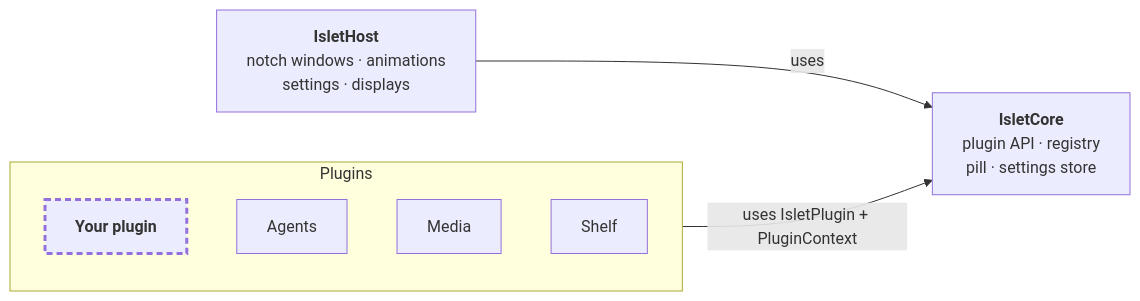
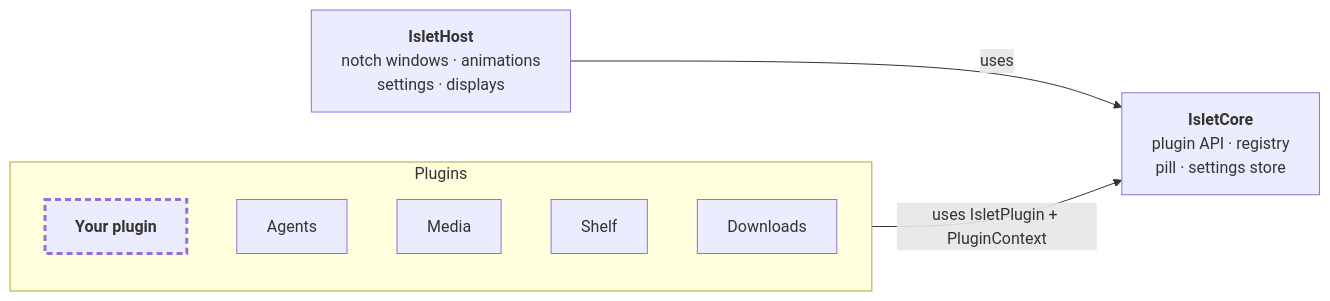
One commit to MariSchn/Islet changed the diagram in README.md. Above: the diagram before and after it, drawn with Mermaid. The commit also changed other lines of this file and 17 other files, not shown here.

````diff
--- a/README.md
+++ b/README.md
@@ -192,15 +199,16 @@
 ```mermaid
 flowchart LR
     subgraph plugins["Plugins"]
         direction TB
         yours["<b>Your plugin</b>"]
         agents["Agents"]
         media["Media"]
         shelf["Shelf"]
+        downloads["Downloads"]
     end
     core["<b>IsletCore</b><br/>plugin API · registry<br/>pill · settings store"]
     host["<b>IsletHost</b><br/>notch windows · animations<br/>settings · displays"]
     plugins -->|"uses IsletPlugin + PluginContext"| core
     host -->|uses| core
     style yours stroke-width:3px,stroke-dasharray:6 4
 ```
````
